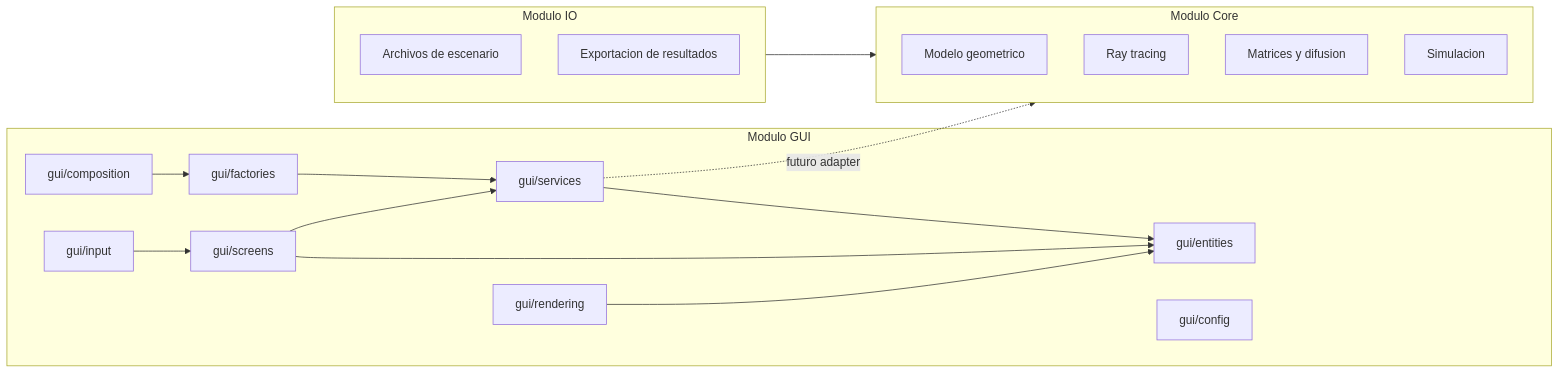
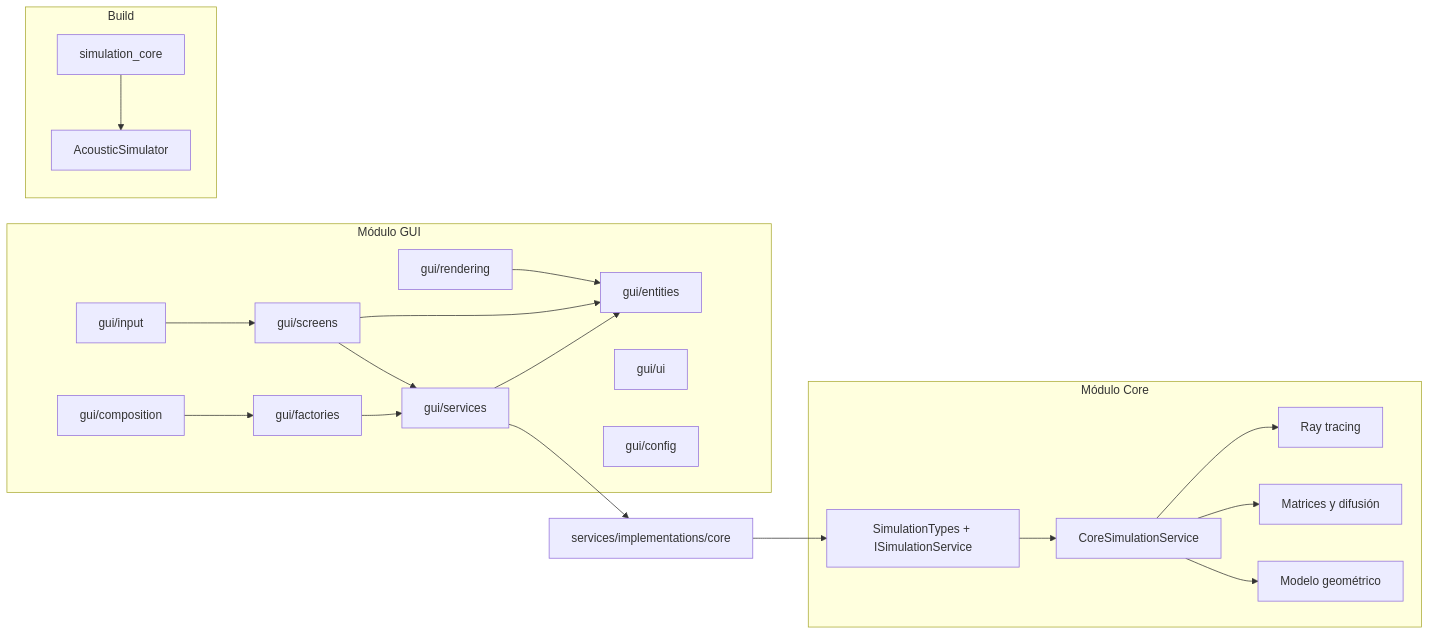
The second of 5 diagrams in docs/architecture/system-design.md (StivenJM/proyecto-simulacion), drawn with Mermaid before and after one commit. The commit also changed other lines of this file and 12 other files, not shown here.

First line of the commit message:
docs: update integrated GUI-Core architecture documentation

````diff
--- a/docs/architecture/system-design.md
+++ b/docs/architecture/system-design.md
@@ -35,35 +33,42 @@
 ```mermaid
 flowchart LR
-    subgraph GUI[Modulo GUI]
+    subgraph GUI[Módulo GUI]
         GuiEntities[gui/entities]
         GuiScreens[gui/screens]
         GuiRendering[gui/rendering]
         GuiInput[gui/input]
         GuiServicesLayer[gui/services]
         GuiFactories[gui/factories]
         GuiComposition[gui/composition]
+        GuiUi[gui/ui]
         GuiConfig[gui/config]
     end
 
-    subgraph Core[Modulo Core]
-        CoreModel[Modelo geometrico]
+    subgraph Core[Módulo Core]
+        CoreContracts[SimulationTypes + ISimulationService]
+        CoreModel[Modelo geométrico]
         RayTracing[Ray tracing]
-        Diffusion[Matrices y difusion]
-        Simulation[Simulacion]
+        Diffusion[Matrices y difusión]
+        Simulation[CoreSimulationService]
     end
 
-    subgraph IO[Modulo IO]
-        ScenarioFiles[Archivos de escenario]
-        ResultExport[Exportacion de resultados]
+    subgraph Build[Build]
+        CoreLib[simulation_core]
+        AppExe[AcousticSimulator]
     end
 
     GuiComposition --> GuiFactories
     GuiFactories --> GuiServicesLayer
     GuiServicesLayer --> GuiEntities
     GuiScreens --> GuiEntities
     GuiScreens --> GuiServicesLayer
     GuiRendering --> GuiEntities
     GuiInput --> GuiScreens
-    GuiServicesLayer -. futuro adapter .-> Core
-    IO --> Core
+    GuiServicesLayer --> CoreAdapter[services/implementations/core]
+    CoreAdapter --> CoreContracts
+    CoreContracts --> Simulation
+    Simulation --> RayTracing
+    Simulation --> Diffusion
+    Simulation --> CoreModel
+    CoreLib --> AppExe
 ```
````
